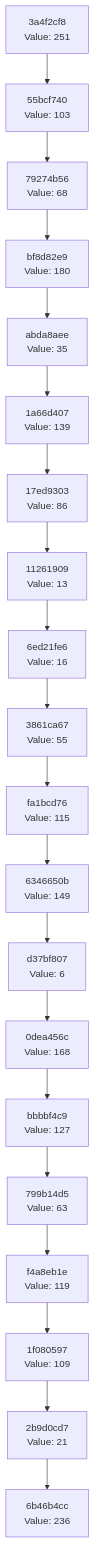
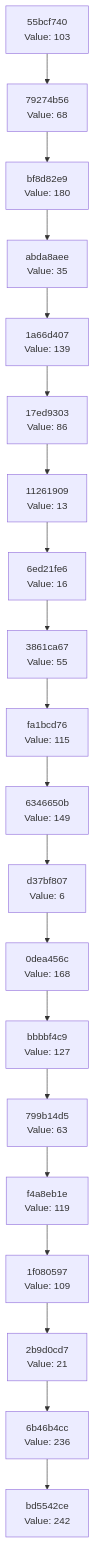
The diagram in docs/CHAIN_VISUALIZATION.md (Abhisheksinha1506/hash-chain-evolver), drawn with Mermaid before and after one commit. The commit also changed 2 other files, not shown here.

Commit message:
Evolution Step

````diff
--- a/docs/CHAIN_VISUALIZATION.md
+++ b/docs/CHAIN_VISUALIZATION.md
@@ -3,42 +3,42 @@
 ```mermaid
 graph TD
-    C0["6b46b4cc<br/>Value: 236"]
-    C1["2b9d0cd7<br/>Value: 21"]
+    C0["bd5542ce<br/>Value: 242"]
+    C1["6b46b4cc<br/>Value: 236"]
     C1 --> C0
-    C2["1f080597<br/>Value: 109"]
+    C2["2b9d0cd7<br/>Value: 21"]
     C2 --> C1
-    C3["f4a8eb1e<br/>Value: 119"]
+    C3["1f080597<br/>Value: 109"]
     C3 --> C2
-    C4["799b14d5<br/>Value: 63"]
+    C4["f4a8eb1e<br/>Value: 119"]
     C4 --> C3
-    C5["bbbbf4c9<br/>Value: 127"]
+    C5["799b14d5<br/>Value: 63"]
     C5 --> C4
-    C6["0dea456c<br/>Value: 168"]
+    C6["bbbbf4c9<br/>Value: 127"]
     C6 --> C5
-    C7["d37bf807<br/>Value: 6"]
+    C7["0dea456c<br/>Value: 168"]
     C7 --> C6
-    C8["6346650b<br/>Value: 149"]
+    C8["d37bf807<br/>Value: 6"]
     C8 --> C7
-    C9["fa1bcd76<br/>Value: 115"]
+    C9["6346650b<br/>Value: 149"]
     C9 --> C8
-    C10["3861ca67<br/>Value: 55"]
+    C10["fa1bcd76<br/>Value: 115"]
     C10 --> C9
-    C11["6ed21fe6<br/>Value: 16"]
+    C11["3861ca67<br/>Value: 55"]
     C11 --> C10
-    C12["11261909<br/>Value: 13"]
+    C12["6ed21fe6<br/>Value: 16"]
     C12 --> C11
-    C13["17ed9303<br/>Value: 86"]
+    C13["11261909<br/>Value: 13"]
     C13 --> C12
-    C14["1a66d407<br/>Value: 139"]
+    C14["17ed9303<br/>Value: 86"]
     C14 --> C13
-    C15["abda8aee<br/>Value: 35"]
+    C15["1a66d407<br/>Value: 139"]
     C15 --> C14
-    C16["bf8d82e9<br/>Value: 180"]
+    C16["abda8aee<br/>Value: 35"]
     C16 --> C15
-    C17["79274b56<br/>Value: 68"]
+    C17["bf8d82e9<br/>Value: 180"]
     C17 --> C16
-    C18["55bcf740<br/>Value: 103"]
+    C18["79274b56<br/>Value: 68"]
     C18 --> C17
-    C19["3a4f2cf8<br/>Value: 251"]
+    C19["55bcf740<br/>Value: 103"]
     C19 --> C18
 ```
````
